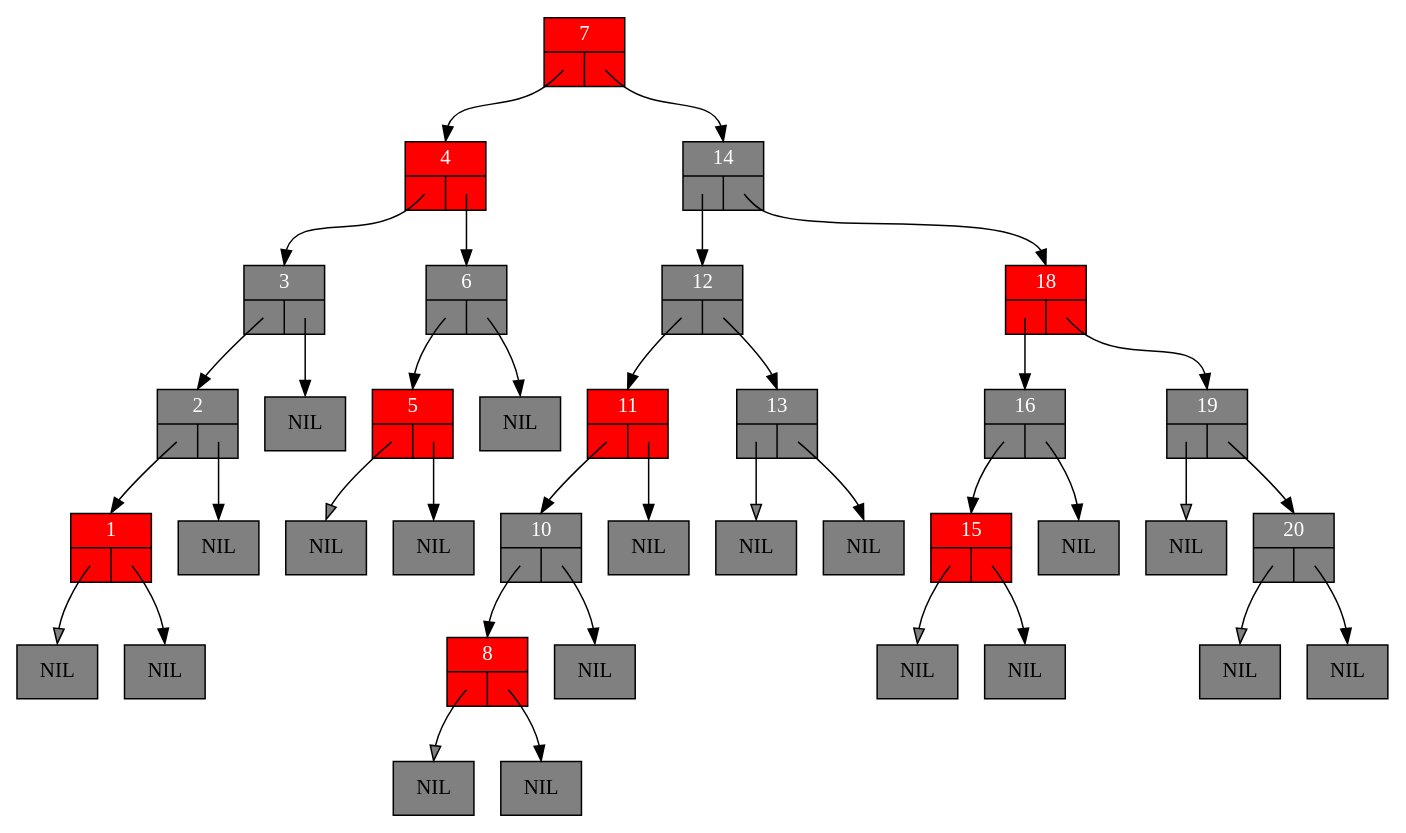
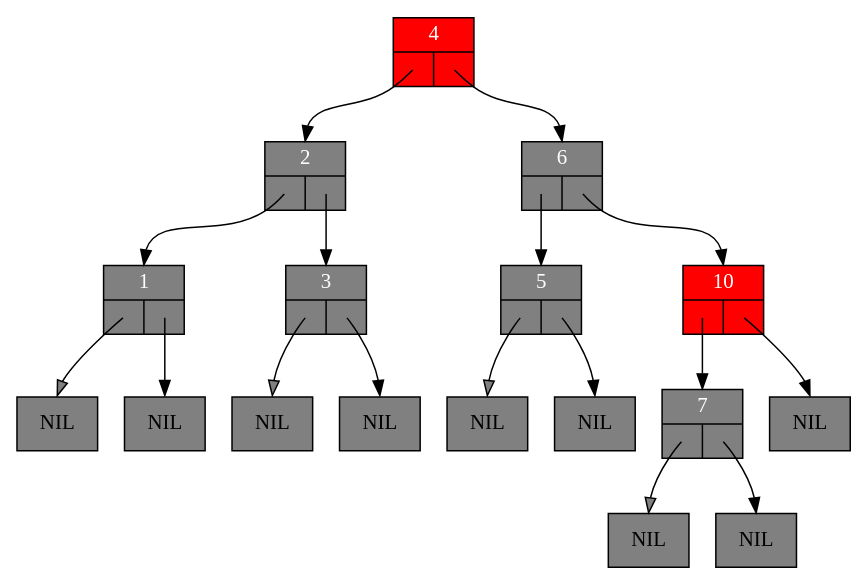
Before and after one commit to NOTuglyduckling/C: the diagram in Algo3/base_code_lab6/Code/thetree-2.dot, drawn with Graphviz. The commit also changed 22 other files, not shown here.

```diff
--- a/Algo3/base_code_lab6/Code/thetree-2.dot
+++ b/Algo3/base_code_lab6/Code/thetree-2.dot
@@ -1,79 +1,39 @@
 digraph RedBlackTree {
 	graph [ranksep=0.5];
 	node [shape = record];
 
-	n1 [style=filled, fillcolor=red, fontcolor=white, label="{1|{<left>|<right>}}"];
+	n1 [style=filled, fillcolor=grey, fontcolor=white, label="{1|{<left>|<right>}}"];
 	lnil1 [style=filled, fillcolor=grey, label="NIL"];
 	n1:left:c -> lnil1:n [fillcolor=grey, headclip=false, tailclip=false]
 	rnil1 [style=filled, fillcolor=grey, label="NIL"];
 	n1:right:c -> rnil1:n [headclip=false, tailclip=false]
 	n2 [style=filled, fillcolor=grey, fontcolor=white, label="{2|{<left>|<right>}}"];
 	n2:left:c -> n1:n [headclip=false, tailclip=false]
-	rnil2 [style=filled, fillcolor=grey, label="NIL"];
-	n2:right:c -> rnil2:n [headclip=false, tailclip=false]
+	n2:right:c -> n3:n [headclip=false, tailclip=false]
 	n3 [style=filled, fillcolor=grey, fontcolor=white, label="{3|{<left>|<right>}}"];
-	n3:left:c -> n2:n [headclip=false, tailclip=false]
+	lnil3 [style=filled, fillcolor=grey, label="NIL"];
+	n3:left:c -> lnil3:n [fillcolor=grey, headclip=false, tailclip=false]
 	rnil3 [style=filled, fillcolor=grey, label="NIL"];
 	n3:right:c -> rnil3:n [headclip=false, tailclip=false]
 	n4 [style=filled, fillcolor=red, fontcolor=white, label="{4|{<left>|<right>}}"];
-	n4:left:c -> n3:n [headclip=false, tailclip=false]
+	n4:left:c -> n2:n [headclip=false, tailclip=false]
 	n4:right:c -> n6:n [headclip=false, tailclip=false]
-	n5 [style=filled, fillcolor=red, fontcolor=white, label="{5|{<left>|<right>}}"];
+	n5 [style=filled, fillcolor=grey, fontcolor=white, label="{5|{<left>|<right>}}"];
 	lnil5 [style=filled, fillcolor=grey, label="NIL"];
 	n5:left:c -> lnil5:n [fillcolor=grey, headclip=false, tailclip=false]
 	rnil5 [style=filled, fillcolor=grey, label="NIL"];
 	n5:right:c -> rnil5:n [headclip=false, tailclip=false]
 	n6 [style=filled, fillcolor=grey, fontcolor=white, label="{6|{<left>|<right>}}"];
 	n6:left:c -> n5:n [headclip=false, tailclip=false]
-	rnil6 [style=filled, fillcolor=grey, label="NIL"];
-	n6:right:c -> rnil6:n [headclip=false, tailclip=false]
-	n7 [style=filled, fillcolor=red, fontcolor=white, label="{7|{<left>|<right>}}"];
-	n7:left:c -> n4:n [headclip=false, tailclip=false]
-	n7:right:c -> n14:n [headclip=false, tailclip=false]
-	n8 [style=filled, fillcolor=red, fontcolor=white, label="{8|{<left>|<right>}}"];
-	lnil8 [style=filled, fillcolor=grey, label="NIL"];
-	n8:left:c -> lnil8:n [fillcolor=grey, headclip=false, tailclip=false]
-	rnil8 [style=filled, fillcolor=grey, label="NIL"];
-	n8:right:c -> rnil8:n [headclip=false, tailclip=false]
-	n10 [style=filled, fillcolor=grey, fontcolor=white, label="{10|{<left>|<right>}}"];
-	n10:left:c -> n8:n [headclip=false, tailclip=false]
+	n6:right:c -> n10:n [headclip=false, tailclip=false]
+	n7 [style=filled, fillcolor=grey, fontcolor=white, label="{7|{<left>|<right>}}"];
+	lnil7 [style=filled, fillcolor=grey, label="NIL"];
+	n7:left:c -> lnil7:n [fillcolor=grey, headclip=false, tailclip=false]
+	rnil7 [style=filled, fillcolor=grey, label="NIL"];
+	n7:right:c -> rnil7:n [headclip=false, tailclip=false]
+	n10 [style=filled, fillcolor=red, fontcolor=white, label="{10|{<left>|<right>}}"];
+	n10:left:c -> n7:n [headclip=false, tailclip=false]
 	rnil10 [style=filled, fillcolor=grey, label="NIL"];
 	n10:right:c -> rnil10:n [headclip=false, tailclip=false]
-	n11 [style=filled, fillcolor=red, fontcolor=white, label="{11|{<left>|<right>}}"];
-	n11:left:c -> n10:n [headclip=false, tailclip=false]
-	rnil11 [style=filled, fillcolor=grey, label="NIL"];
-	n11:right:c -> rnil11:n [headclip=false, tailclip=false]
-	n12 [style=filled, fillcolor=grey, fontcolor=white, label="{12|{<left>|<right>}}"];
-	n12:left:c -> n11:n [headclip=false, tailclip=false]
-	n12:right:c -> n13:n [headclip=false, tailclip=false]
-	n13 [style=filled, fillcolor=grey, fontcolor=white, label="{13|{<left>|<right>}}"];
-	lnil13 [style=filled, fillcolor=grey, label="NIL"];
-	n13:left:c -> lnil13:n [fillcolor=grey, headclip=false, tailclip=false]
-	rnil13 [style=filled, fillcolor=grey, label="NIL"];
-	n13:right:c -> rnil13:n [headclip=false, tailclip=false]
-	n14 [style=filled, fillcolor=grey, fontcolor=white, label="{14|{<left>|<right>}}"];
-	n14:left:c -> n12:n [headclip=false, tailclip=false]
-	n14:right:c -> n18:n [headclip=false, tailclip=false]
-	n15 [style=filled, fillcolor=red, fontcolor=white, label="{15|{<left>|<right>}}"];
-	lnil15 [style=filled, fillcolor=grey, label="NIL"];
-	n15:left:c -> lnil15:n [fillcolor=grey, headclip=false, tailclip=false]
-	rnil15 [style=filled, fillcolor=grey, label="NIL"];
-	n15:right:c -> rnil15:n [headclip=false, tailclip=false]
-	n16 [style=filled, fillcolor=grey, fontcolor=white, label="{16|{<left>|<right>}}"];
-	n16:left:c -> n15:n [headclip=false, tailclip=false]
-	rnil16 [style=filled, fillcolor=grey, label="NIL"];
-	n16:right:c -> rnil16:n [headclip=false, tailclip=false]
-	n18 [style=filled, fillcolor=red, fontcolor=white, label="{18|{<left>|<right>}}"];
-	n18:left:c -> n16:n [headclip=false, tailclip=false]
-	n18:right:c -> n19:n [headclip=false, tailclip=false]
-	n19 [style=filled, fillcolor=grey, fontcolor=white, label="{19|{<left>|<right>}}"];
-	lnil19 [style=filled, fillcolor=grey, label="NIL"];
-	n19:left:c -> lnil19:n [fillcolor=grey, headclip=false, tailclip=false]
-	n19:right:c -> n20:n [headclip=false, tailclip=false]
-	n20 [style=filled, fillcolor=grey, fontcolor=white, label="{20|{<left>|<right>}}"];
-	lnil20 [style=filled, fillcolor=grey, label="NIL"];
-	n20:left:c -> lnil20:n [fillcolor=grey, headclip=false, tailclip=false]
-	rnil20 [style=filled, fillcolor=grey, label="NIL"];
-	n20:right:c -> rnil20:n [headclip=false, tailclip=false]
 
 }
```
